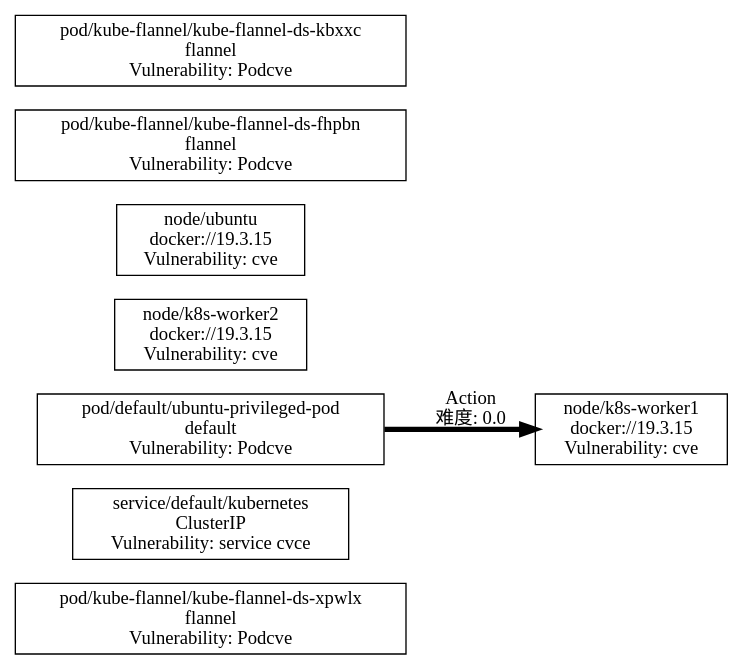
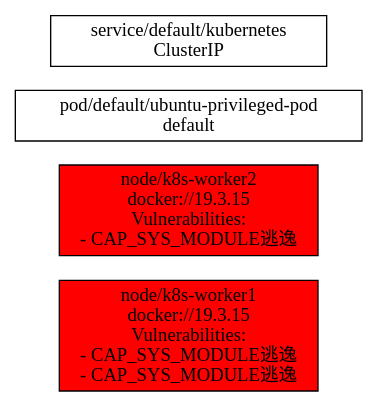
One commit to lightpig7/Container_runtime_scanner changed the diagram in internal/cluster/output/attack_graph.dot. Above: the diagram before and after it, drawn with Graphviz. The commit also changed 20 other files, not shown here.

```diff
--- a/internal/cluster/output/attack_graph.dot
+++ b/internal/cluster/output/attack_graph.dot
@@ -1,13 +1,8 @@
 digraph AttackGraph {
   rankdir=LR;
   node [shape=box, style=filled];
-  "pod-kube-flannel-kube-flannel-ds-xpwlx" [label="pod/kube-flannel/kube-flannel-ds-xpwlx\nflannel\nVulnerability: Podcve", fillcolor="white"];
-  "svc-default-kubernetes" [label="service/default/kubernetes\nClusterIP\nVulnerability: service cvce", fillcolor="white"];
-  "node-k8s-worker1" [label="node/k8s-worker1\ndocker://19.3.15\nVulnerability: cve", fillcolor="white"];
-  "node-k8s-worker2" [label="node/k8s-worker2\ndocker://19.3.15\nVulnerability: cve", fillcolor="white"];
-  "node-ubuntu" [label="node/ubuntu\ndocker://19.3.15\nVulnerability: cve", fillcolor="white"];
-  "pod-default-ubuntu-privileged-pod" [label="pod/default/ubuntu-privileged-pod\ndefault\nVulnerability: Podcve", fillcolor="white"];
-  "pod-kube-flannel-kube-flannel-ds-fhpbn" [label="pod/kube-flannel/kube-flannel-ds-fhpbn\nflannel\nVulnerability: Podcve", fillcolor="white"];
-  "pod-kube-flannel-kube-flannel-ds-kbxxc" [label="pod/kube-flannel/kube-flannel-ds-kbxxc\nflannel\nVulnerability: Podcve", fillcolor="white"];
-  "pod-default-ubuntu-privileged-pod" -> "node-k8s-worker1" [label="Action\n难度: 0.0", penwidth=4.0];
+  "node-k8s-worker1" [label="node/k8s-worker1\ndocker://19.3.15\nVulnerabilities:\n- CAP_SYS_MODULE逃逸\n- CAP_SYS_MODULE逃逸", fillcolor="red"];
+  "node-k8s-worker2" [label="node/k8s-worker2\ndocker://19.3.15\nVulnerabilities:\n- CAP_SYS_MODULE逃逸", fillcolor="red"];
+  "pod-default-ubuntu-privileged-pod" [label="pod/default/ubuntu-privileged-pod\ndefault", fillcolor="white"];
+  "svc-default-kubernetes" [label="service/default/kubernetes\nClusterIP", fillcolor="white"];
 }
```
